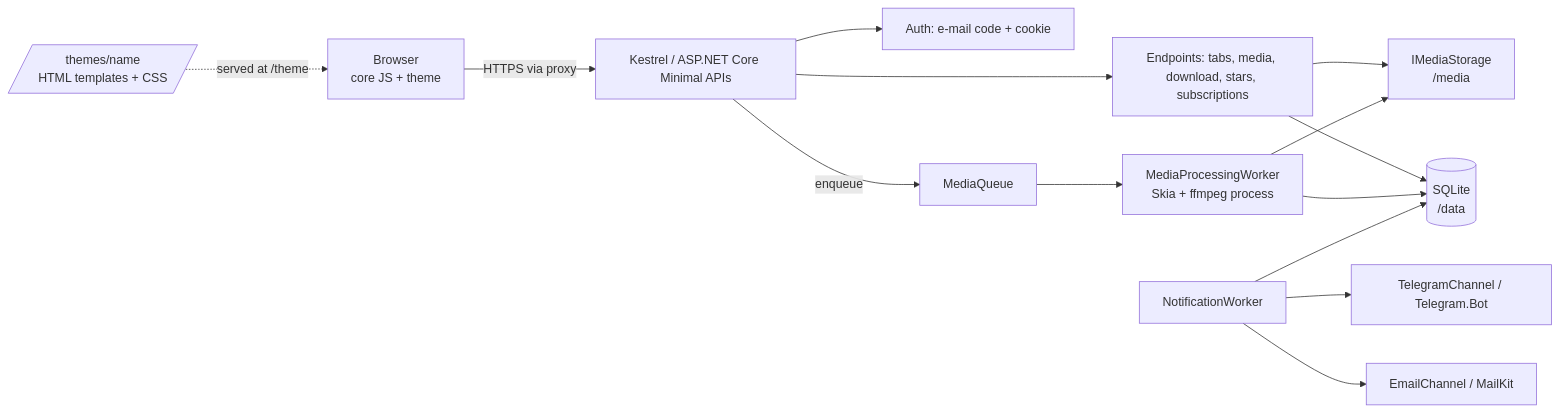
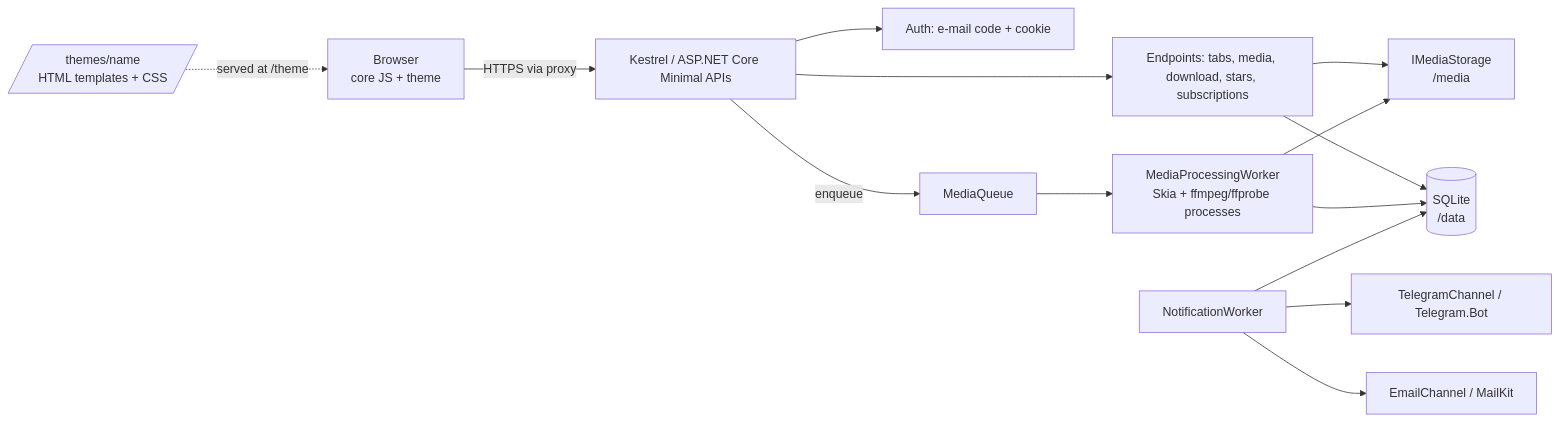
The first of 2 diagrams in docs/architecture.md (igolets/EventPix), drawn with Mermaid before and after one commit. The commit also changed other lines of this file and 23 other files, not shown here.

````diff
--- a/docs/architecture.md
+++ b/docs/architecture.md
@@ -12,15 +12,15 @@
 ```mermaid
 flowchart LR
   B[Browser<br/>core JS + theme] -->|HTTPS via proxy| K[Kestrel / ASP.NET Core Minimal APIs]
   K --> A[Auth: e-mail code + cookie]
   K --> E[Endpoints: tabs, media, download, stars, subscriptions]
   E --> DB[(SQLite<br/>/data)]
   E --> S[IMediaStorage<br/>/media]
-  K -->|enqueue| Q[MediaQueue] --> W[MediaProcessingWorker<br/>Skia + ffmpeg process]
+  K -->|enqueue| Q[MediaQueue] --> W[MediaProcessingWorker<br/>Skia + ffmpeg/ffprobe processes]
   W --> S
   W --> DB
   N[NotificationWorker] --> DB
   N --> C1[EmailChannel / MailKit]
   N --> C2[TelegramChannel / Telegram.Bot]
   T[/themes/name<br/>HTML templates + CSS/] -. served at /theme .-> B
 ```
````
